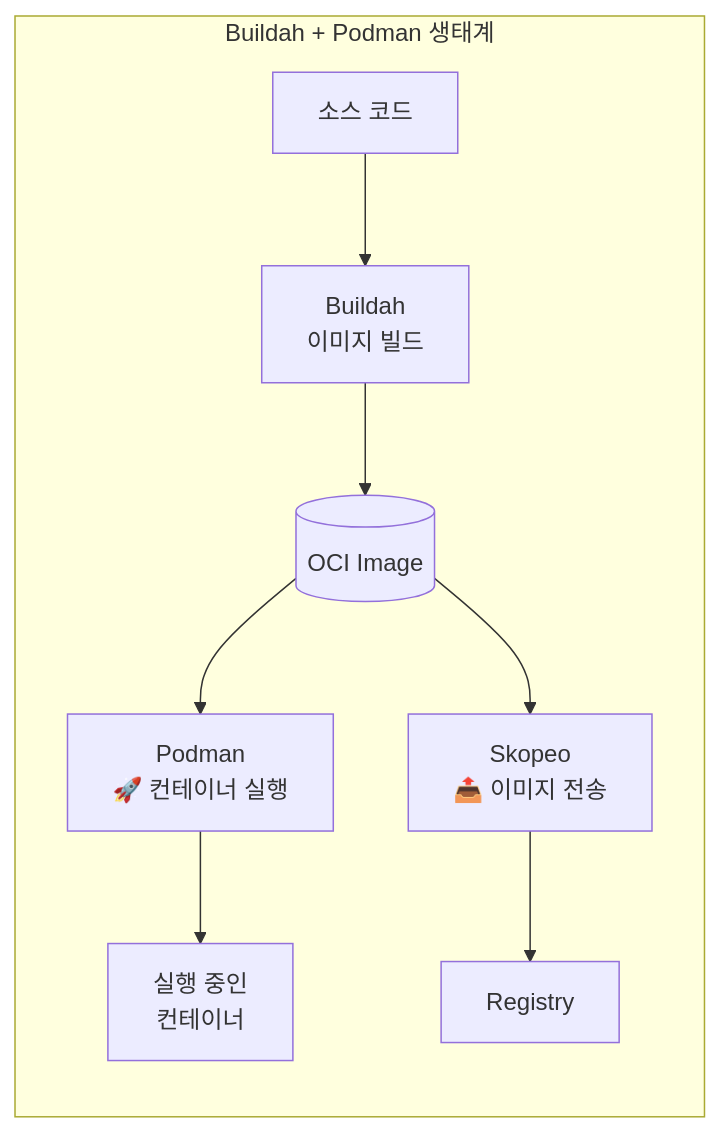
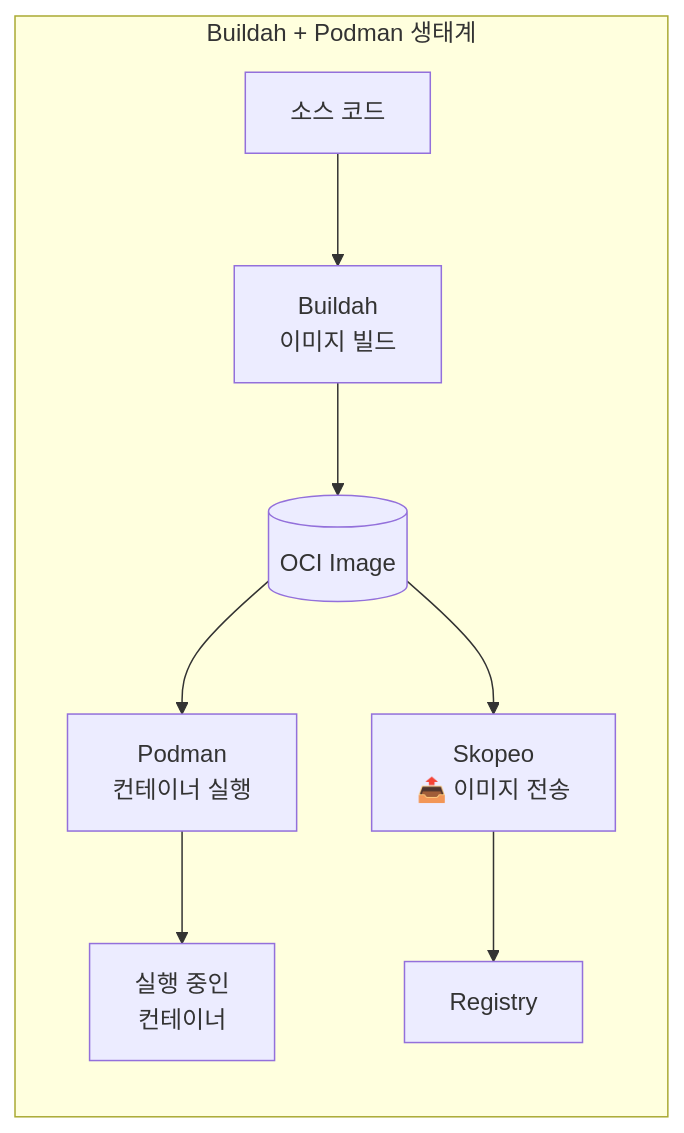
Before and after one commit to juwon8891/juwon8891.github.io: diagram 35 of 41 in docs/cicd/week1-image-build.md, drawn with Mermaid. The commit also changed other lines of this file and 29 other files, not shown here.

````diff
--- a/docs/cicd/week1-image-build.md
+++ b/docs/cicd/week1-image-build.md
@@ -2514,17 +2518,17 @@
 ```mermaid
 graph LR
     subgraph "Buildah + Podman 생태계"
         BUILDAH[Buildah<br/>이미지 빌드]
-        PODMAN[Podman<br/>🚀 컨테이너 실행]
+        PODMAN[Podman<br/>컨테이너 실행]
         SKOPEO[Skopeo<br/>📤 이미지 전송]
 
         CODE[소스 코드] --> BUILDAH
         BUILDAH --> IMAGE[(OCI Image)]
         IMAGE --> PODMAN
         IMAGE --> SKOPEO
         PODMAN --> CONTAINER[실행 중인<br/>컨테이너]
         SKOPEO --> REGISTRY[Registry]
 
     end
 
 ```
````
